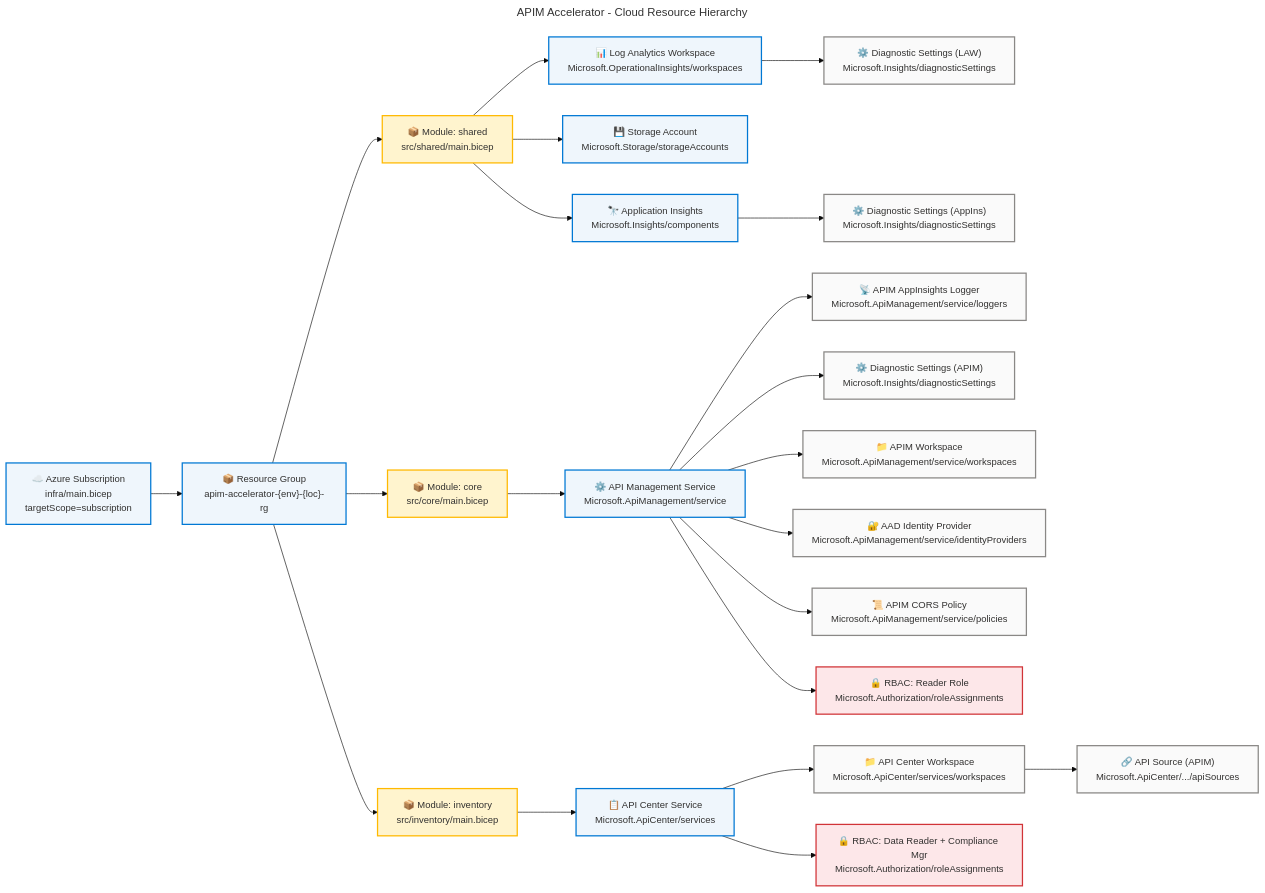
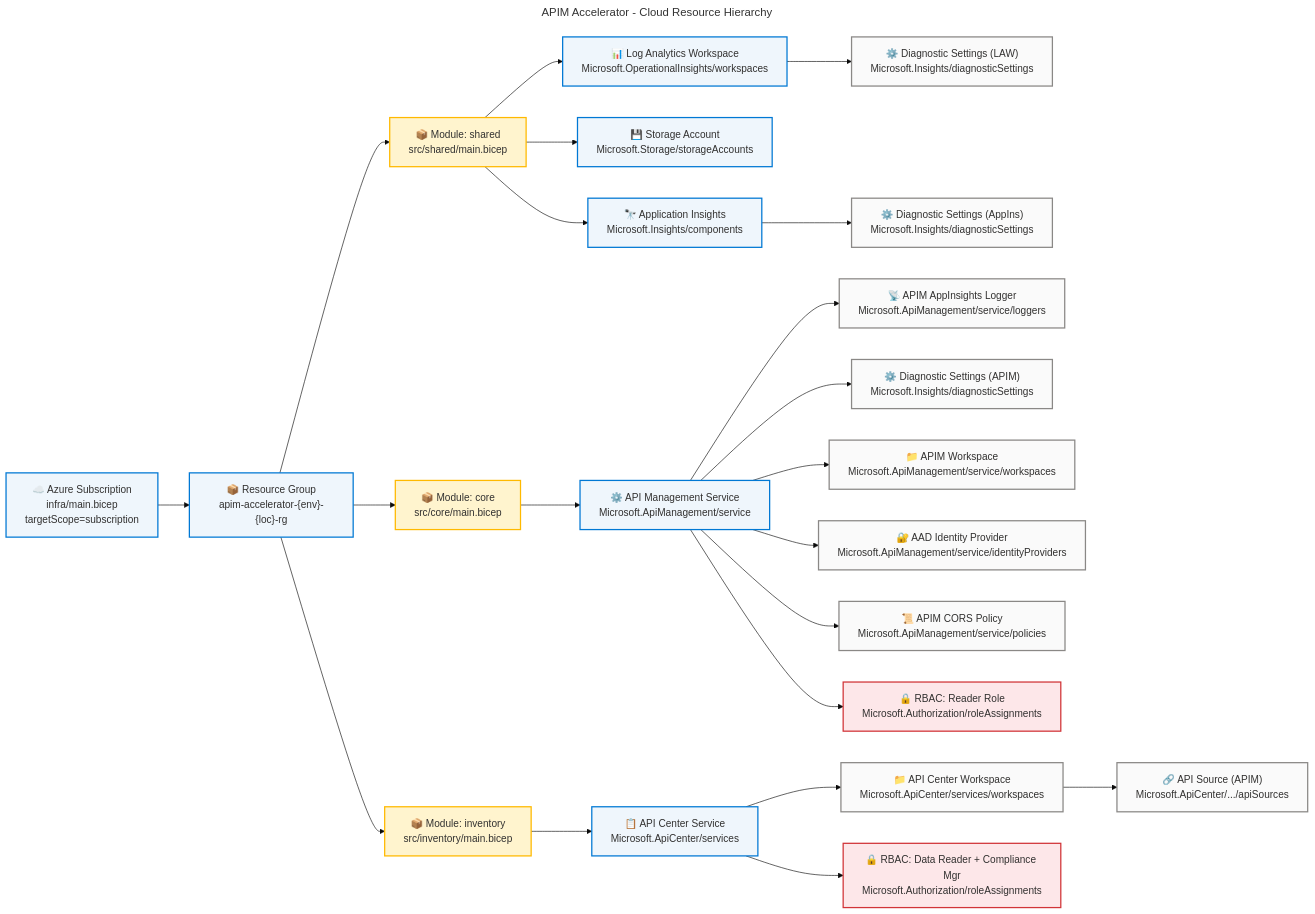
Before and after one commit to Evilazaro/APIM-Accelerator: the second of 2 diagrams in docs/architecture/technology-architecture.md, drawn with Mermaid. The commit also changed other lines of this file, not shown here.

Commit message:
style: update mermaid diagram titles and configurations for consistency and accessibility

````diff
--- a/docs/architecture/technology-architecture.md
+++ b/docs/architecture/technology-architecture.md
@@ -885,71 +887,80 @@
 ```mermaid
 ---
-title: APIM Accelerator - Cloud Resource Hierarchy
+title: "APIM Accelerator - Cloud Resource Hierarchy"
 config:
   theme: base
   look: classic
   layout: dagre
   themeVariables:
-    fontSize: '15px'
+    fontSize: '16px'
+  flowchart:
+    htmlLabels: true
 ---
 flowchart LR
     accTitle: APIM Accelerator Cloud Resource Hierarchy
     accDescr: Shows hierarchical Bicep module decomposition and resource ownership from subscription scope to individual Azure resources
 
     %% ═══════════════════════════════════════════════════════════════════════════
-    %% AZURE / FLUENT ARCHITECTURE PATTERN v1.1 - Resource Hierarchy View
+    %% AZURE / FLUENT ARCHITECTURE PATTERN v1.1
+    %% (Semantic + Structural + Font + Accessibility Governance)
+    %% ═══════════════════════════════════════════════════════════════════════════
+    %% PHASE 1 - FLUENT UI: All styling uses approved Fluent UI palette only
+    %% PHASE 2 - GROUPS: Every subgraph has semantic color via style directive
+    %% PHASE 3 - COMPONENTS: Every node has semantic classDef + icon prefix
+    %% PHASE 4 - ACCESSIBILITY: accTitle/accDescr present, WCAG AA contrast
+    %% PHASE 5 - STANDARD: Governance block present, classDefs centralized
     %% ═══════════════════════════════════════════════════════════════════════════
 
     SUB["☁️ Azure Subscription\ninfra/main.bicep\ntargetScope=subscription"]:::core
 
     RG["📦 Resource Group\napim-accelerator-{env}-{loc}-rg"]:::core
 
     MOD_SHARED["📦 Module: shared\nsrc/shared/main.bicep"]:::warning
     MOD_CORE["📦 Module: core\nsrc/core/main.bicep"]:::warning
     MOD_INV["📦 Module: inventory\nsrc/inventory/main.bicep"]:::warning
 
     R_LAW["📊 Log Analytics Workspace\nMicrosoft.OperationalInsights/workspaces"]:::core
     R_ST["💾 Storage Account\nMicrosoft.Storage/storageAccounts"]:::core
     R_AI["🔭 Application Insights\nMicrosoft.Insights/components"]:::core
     R_DIAG1["⚙️ Diagnostic Settings (LAW)\nMicrosoft.Insights/diagnosticSettings"]:::neutral
     R_DIAG2["⚙️ Diagnostic Settings (AppIns)\nMicrosoft.Insights/diagnosticSettings"]:::neutral
 
     R_APIM["⚙️ API Management Service\nMicrosoft.ApiManagement/service"]:::core
     R_APIM_LOGGER["📡 APIM AppInsights Logger\nMicrosoft.ApiManagement/service/loggers"]:::neutral
     R_APIM_DIAG["⚙️ Diagnostic Settings (APIM)\nMicrosoft.Insights/diagnosticSettings"]:::neutral
     R_APIM_WS["📁 APIM Workspace\nMicrosoft.ApiManagement/service/workspaces"]:::neutral
     R_DP_IDPROV["🔐 AAD Identity Provider\nMicrosoft.ApiManagement/service/identityProviders"]:::neutral
     R_APIM_POLICY["📜 APIM CORS Policy\nMicrosoft.ApiManagement/service/policies"]:::neutral
     R_RBAC_APIM["🔒 RBAC: Reader Role\nMicrosoft.Authorization/roleAssignments"]:::danger
 
     R_APC["📋 API Center Service\nMicrosoft.ApiCenter/services"]:::core
     R_APC_WS["📁 API Center Workspace\nMicrosoft.ApiCenter/services/workspaces"]:::neutral
     R_APC_SRC["🔗 API Source (APIM)\nMicrosoft.ApiCenter/.../apiSources"]:::neutral
     R_RBAC_APC["🔒 RBAC: Data Reader + Compliance Mgr\nMicrosoft.Authorization/roleAssignments"]:::danger
 
     SUB --> RG
     RG --> MOD_SHARED
     RG --> MOD_CORE
     RG --> MOD_INV
     MOD_SHARED --> R_LAW
     MOD_SHARED --> R_ST
     MOD_SHARED --> R_AI
     R_LAW --> R_DIAG1
     R_AI --> R_DIAG2
     MOD_CORE --> R_APIM
     R_APIM --> R_APIM_LOGGER
     R_APIM --> R_APIM_DIAG
     R_APIM --> R_APIM_WS
     R_APIM --> R_DP_IDPROV
     R_APIM --> R_APIM_POLICY
     R_APIM --> R_RBAC_APIM
     MOD_INV --> R_APC
     R_APC --> R_APC_WS
     R_APC_WS --> R_APC_SRC
     R_APC --> R_RBAC_APC
 
     classDef core fill:#EFF6FC,stroke:#0078D4,stroke-width:2px,color:#323130
     classDef warning fill:#FFF4CE,stroke:#FFB900,stroke-width:2px,color:#323130
     classDef neutral fill:#FAFAFA,stroke:#8A8886,stroke-width:2px,color:#323130
     classDef danger fill:#FDE7E9,stroke:#D13438,stroke-width:2px,color:#323130
 ```
````
